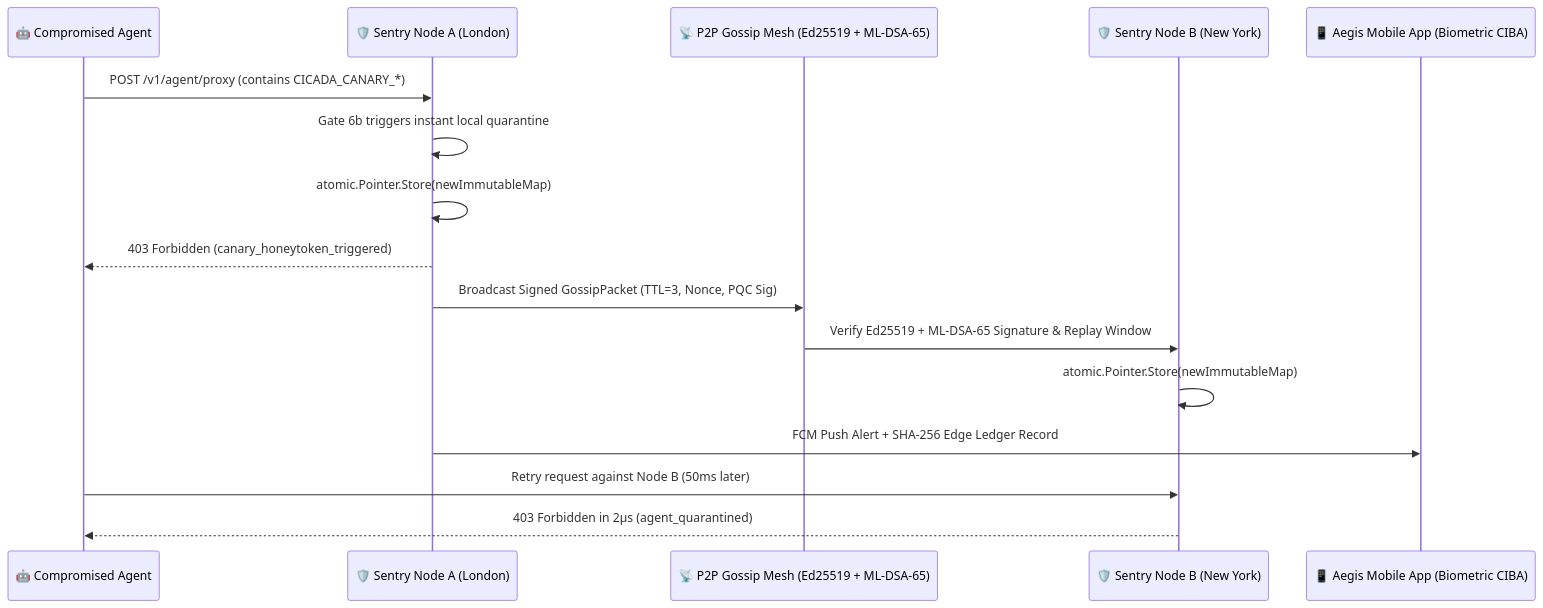
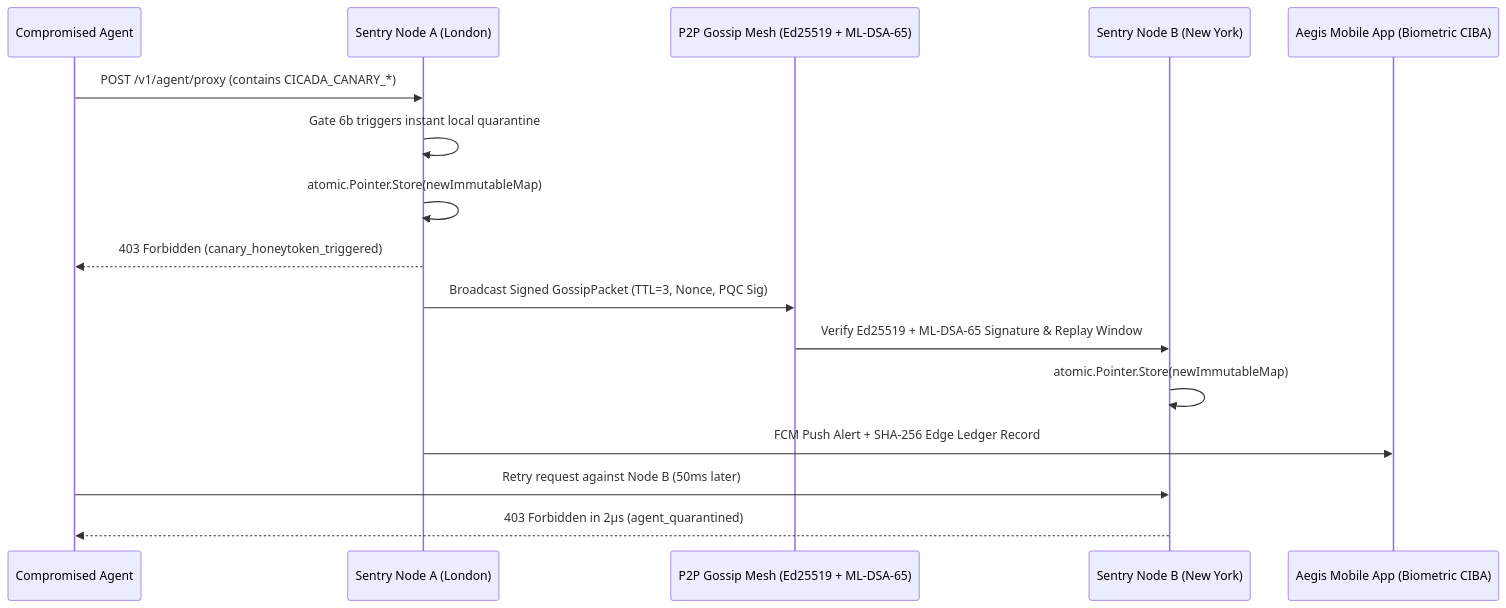
Before and after one commit to affinity-ops/OS-Cicada: the second of 2 diagrams in README.md, drawn with Mermaid. The commit also changed other lines of this file, not shown here.

````diff
--- a/README.md
+++ b/README.md
@@ -137,19 +129,19 @@
 ```mermaid
 sequenceDiagram
-    participant Rogue as 🤖 Compromised Agent
-    participant NodeA as 🛡️ Sentry Node A (London)
-    participant Mesh as 📡 P2P Gossip Mesh (Ed25519 + ML-DSA-65)
-    participant NodeB as 🛡️ Sentry Node B (New York)
-    participant Aegis as 📱 Aegis Mobile App (Biometric CIBA)
+    participant Rogue as Compromised Agent
+    participant NodeA as Sentry Node A (London)
+    participant Mesh as P2P Gossip Mesh (Ed25519 + ML-DSA-65)
+    participant NodeB as Sentry Node B (New York)
+    participant Aegis as Aegis Mobile App (Biometric CIBA)
 
     Rogue->>NodeA: POST /v1/agent/proxy (contains CICADA_CANARY_*)
     NodeA->>NodeA: Gate 6b triggers instant local quarantine
     NodeA->>NodeA: atomic.Pointer.Store(newImmutableMap)
     NodeA-->>Rogue: 403 Forbidden (canary_honeytoken_triggered)
     NodeA->>Mesh: Broadcast Signed GossipPacket (TTL=3, Nonce, PQC Sig)
     Mesh->>NodeB: Verify Ed25519 + ML-DSA-65 Signature & Replay Window
     NodeB->>NodeB: atomic.Pointer.Store(newImmutableMap)
     NodeA->>Aegis: FCM Push Alert + SHA-256 Edge Ledger Record
     Rogue->>NodeB: Retry request against Node B (50ms later)
     NodeB-->>Rogue: 403 Forbidden in 2µs (agent_quarantined)
 ```
````
